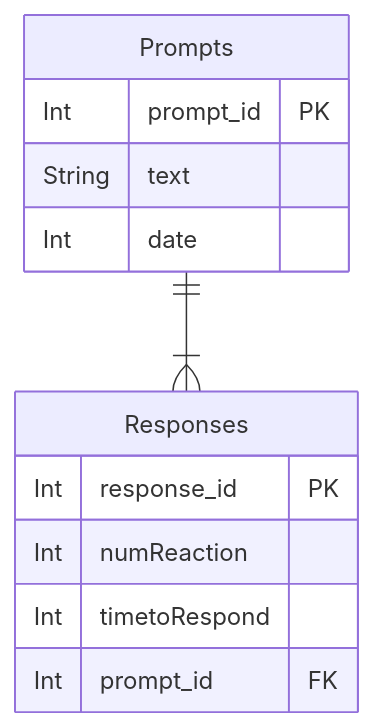
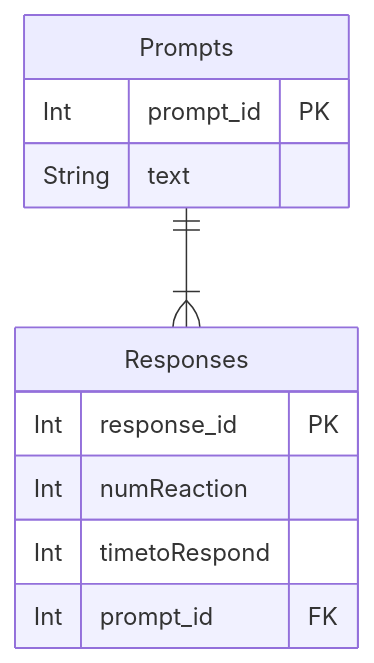
One commit to Capstone-Projects-2023-Fall/project-bereal-meets-slack changed the second of 2 diagrams in documentation/docs/system-architecture/design.md. Above: the diagram before and after it, drawn with Mermaid.

Commit message:
Update design.md
BMS-33

updating database table

````diff
--- a/documentation/docs/system-architecture/design.md
+++ b/documentation/docs/system-architecture/design.md
@@ -94,18 +94,17 @@
 ```mermaid
 erDiagram
 Prompts {
   Int prompt_id PK
   String text
-  Int date
 }
 
 Responses {
   Int response_id PK
   Int numReaction
   Int timetoRespond
   Int prompt_id FK
 }
 
 Prompts ||--|{ Responses : ""
 
 ```
````
